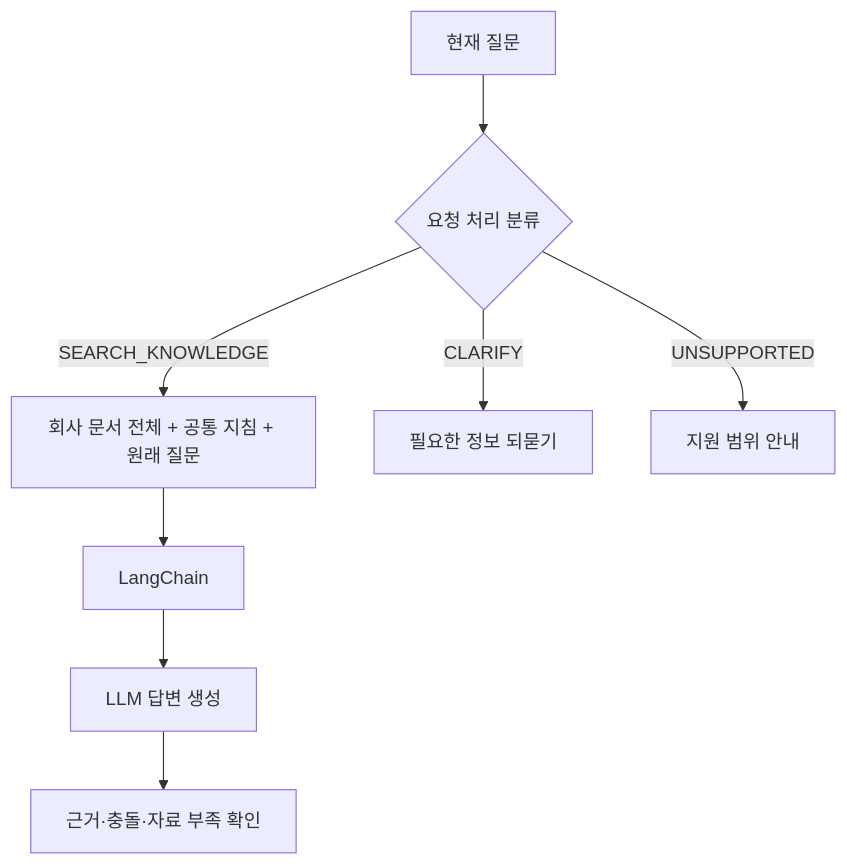
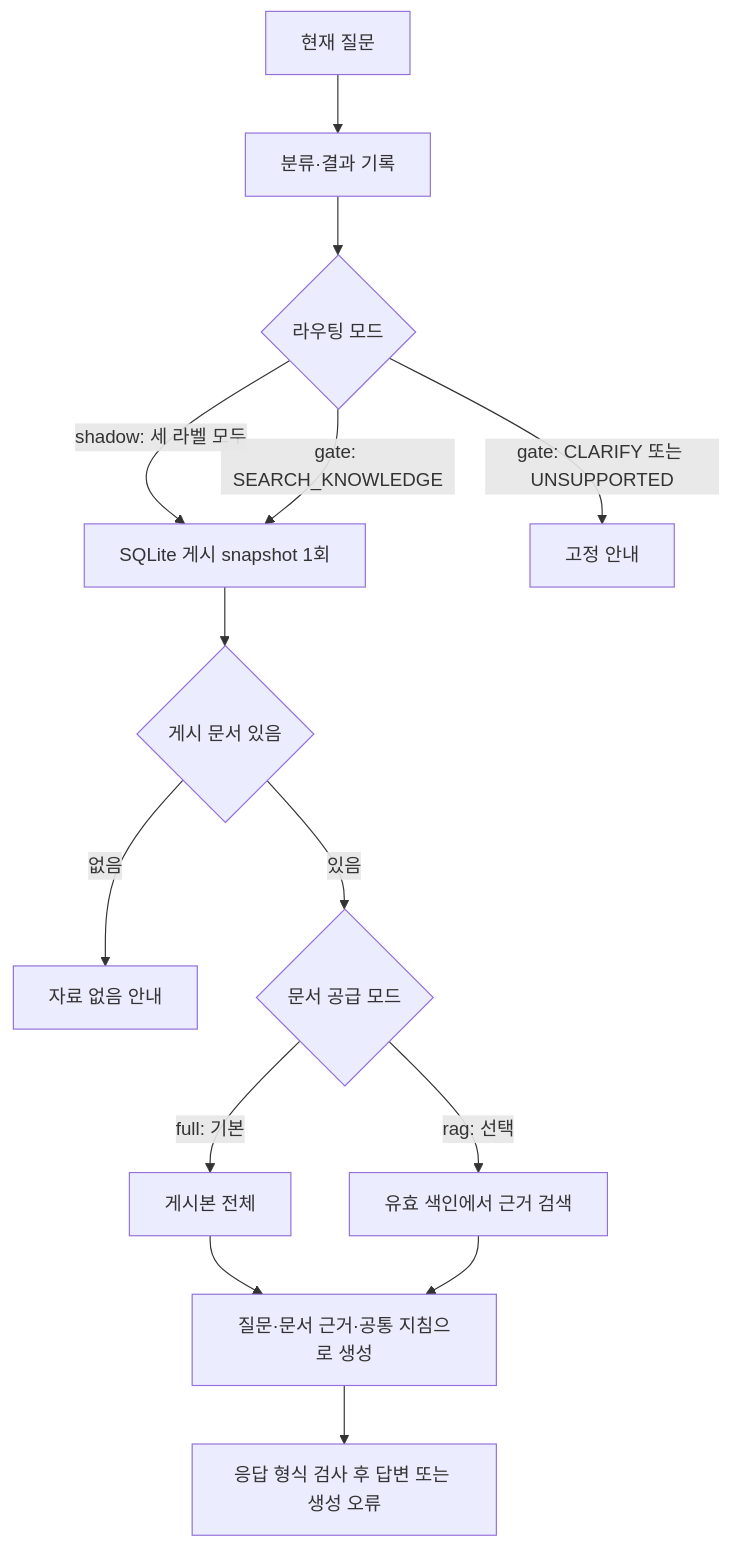
One commit to KANT-2nd-project/sanaebi changed the diagram in docs/service-architecture.md. Above: the diagram before and after it, drawn with Mermaid. The commit also changed other lines of this file and 6 other files, not shown here.

````diff
--- a/docs/service-architecture.md
+++ b/docs/service-architecture.md
@@ -51,9 +43,16 @@
 ```mermaid
 flowchart TD
-    Q["현재 질문"] --> C{"요청 처리 분류"}
-    C -->|"SEARCH_KNOWLEDGE"| D["회사 문서 전체 + 공통 지침 + 원래 질문"]
-    D --> LC["LangChain"] --> LLM["LLM 답변 생성"]
-    LLM --> E["근거·충돌·자료 부족 확인"]
-    C -->|"CLARIFY"| CL["필요한 정보 되묻기"]
-    C -->|"UNSUPPORTED"| U["지원 범위 안내"]
+    Q["현재 질문"] --> C["분류·결과 기록"]
+    C --> M{"라우팅 모드"}
+    M -->|"shadow: 세 라벨 모두"| D["SQLite 게시 snapshot 1회"]
+    M -->|"gate: SEARCH_KNOWLEDGE"| D
+    M -->|"gate: CLARIFY 또는 UNSUPPORTED"| G["고정 안내"]
+    D --> V{"게시 문서 있음"}
+    V -->|"없음"| N["자료 없음 안내"]
+    V -->|"있음"| R{"문서 공급 모드"}
+    R -->|"full: 기본"| F["게시본 전체"]
+    R -->|"rag: 선택"| S["유효 색인에서 근거 검색"]
+    F --> L["질문·문서 근거·공통 지침으로 생성"]
+    S --> L
+    L --> A["응답 형식 검사 후 답변 또는 생성 오류"]
 ```
````
